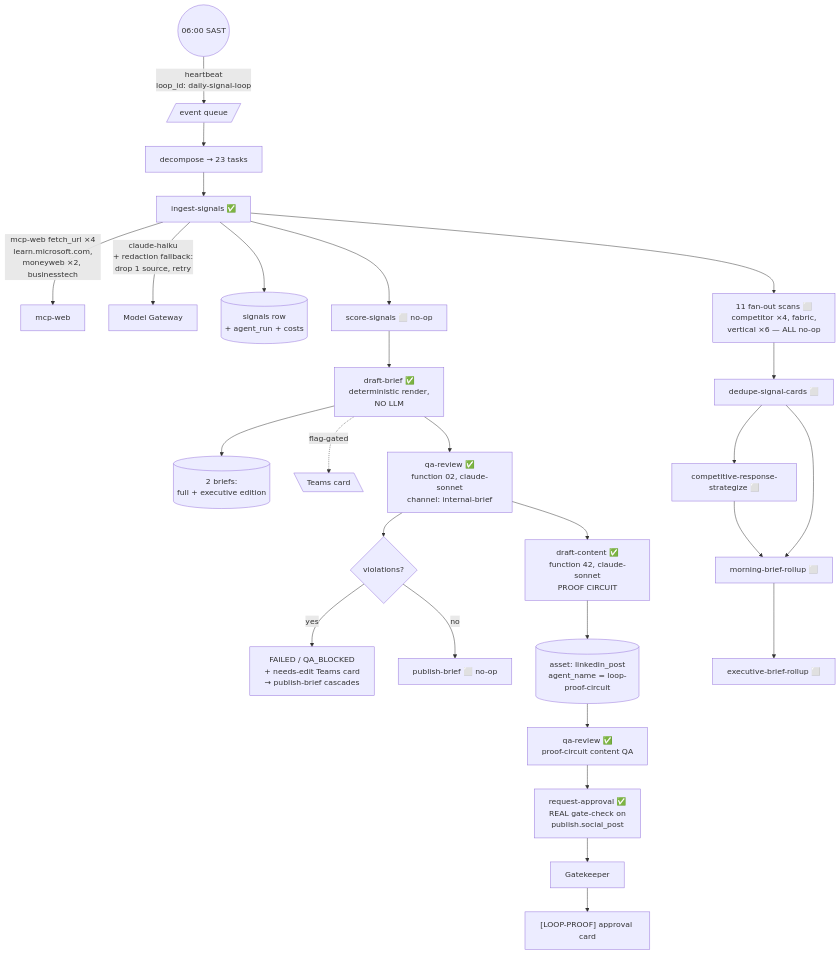
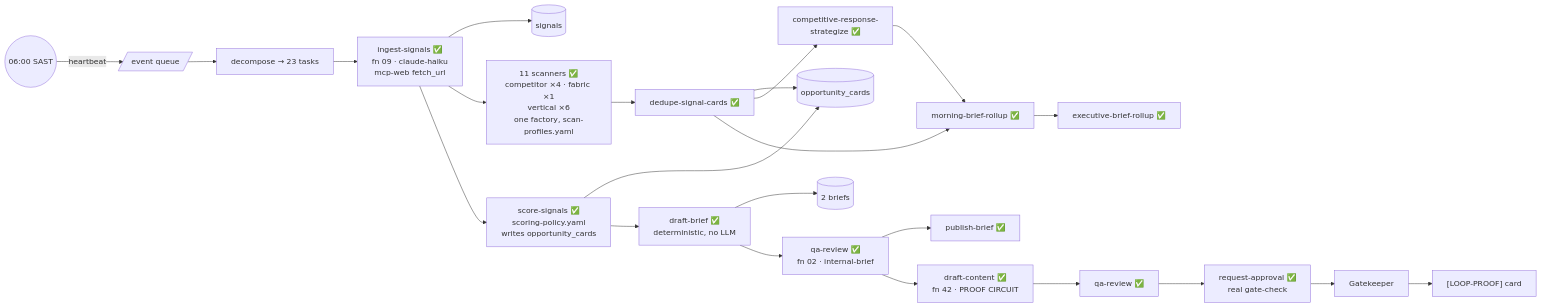
Before and after one commit to rooipiet-tech/Canvas-Marketing-OS: diagram 16 of 40 in docs/architecture/Comprehensive-System-Architecture-and-Process-Map.md, drawn with Mermaid. The commit also changed other lines of this file and 1 other file, not shown here.

````diff
--- a/docs/architecture/Comprehensive-System-Architecture-and-Process-Map.md
+++ b/docs/architecture/Comprehensive-System-Architecture-and-Process-Map.md
@@ -810,33 +813,23 @@
 ```mermaid
-flowchart TB
-  T((06:00 SAST)) -->|"heartbeat<br/>loop_id: daily-signal-loop"| EQ[/event queue/]
-  EQ --> DEC[decompose → 23 tasks]
+flowchart LR
+  T((06:00 SAST)) -->|"heartbeat"| EQ[/event queue/] --> DEC[decompose → 23 tasks]
 
-  DEC --> ING[ingest-signals ✅]
-  ING -->|"mcp-web fetch_url ×4<br/>learn.microsoft.com,<br/>moneyweb ×2, businesstech"| MW[mcp-web]
-  ING -->|"claude-haiku<br/>+ redaction fallback:<br/>drop 1 source, retry"| GW1[Model Gateway]
-  ING --> S1[(signals row<br/>+ agent_run + costs)]
+  DEC --> ING["ingest-signals ✅<br/>fn 09 · claude-haiku<br/>mcp-web fetch_url"]
+  ING --> S1[(signals)]
 
-  ING --> SC[score-signals ⬜ no-op]
-  SC --> DB1[draft-brief ✅<br/>deterministic render,<br/>NO LLM]
-  DB1 --> BR[(2 briefs:<br/>full + executive edition)]
-  DB1 -.->|"flag-gated"| TM1[\Teams card\]
+  ING --> FAN["11 scanners ✅<br/>competitor ×4 · fabric ×1<br/>vertical ×6<br/>one factory, scan-profiles.yaml"]
+  FAN --> DDP["dedupe-signal-cards ✅"] --> OC[(opportunity_cards)]
+  DDP --> RSP["competitive-response-<br/>strategize ✅"]
 
-  DB1 --> QA1[qa-review ✅<br/>function 02, claude-sonnet<br/>channel: internal-brief]
-  QA1 --> Q1{violations?}
-  Q1 -->|yes| BLK[FAILED / QA_BLOCKED<br/>+ needs-edit Teams card<br/>→ publish-brief cascades]
-  Q1 -->|no| PBR[publish-brief ⬜ no-op]
+  ING --> SC["score-signals ✅<br/>scoring-policy.yaml<br/>writes opportunity_cards"]
+  SC --> OC
 
-  ING --> FAN["11 fan-out scans ⬜<br/>competitor ×4, fabric,<br/>vertical ×6 — ALL no-op"]
-  FAN --> DDP[dedupe-signal-cards ⬜]
-  DDP --> RSP[competitive-response-strategize ⬜]
-  DDP & RSP --> MBR[morning-brief-rollup ⬜]
-  MBR --> EBR[executive-brief-rollup ⬜]
+  SC --> DB["draft-brief ✅<br/>deterministic, no LLM"] --> BR[(2 briefs)]
+  DDP & RSP --> MBR["morning-brief-rollup ✅"] --> EBR["executive-brief-rollup ✅"]
 
-  QA1 --> PC1[draft-content ✅<br/>function 42, claude-sonnet<br/>PROOF CIRCUIT]
-  PC1 --> AS1[(asset: linkedin_post<br/>agent_name = loop-proof-circuit)]
-  AS1 --> PC2[qa-review ✅<br/>proof-circuit content QA]
-  PC2 --> PC3[request-approval ✅<br/>REAL gate-check on<br/>publish.social_post]
-  PC3 --> GK[Gatekeeper]
-  GK --> CARD["[LOOP-PROOF] approval card"]
+  DB --> QA1["qa-review ✅<br/>fn 02 · internal-brief"]
+  QA1 --> PBR["publish-brief ✅"]
+
+  QA1 --> PC1["draft-content ✅<br/>fn 42 · PROOF CIRCUIT"] --> PC2["qa-review ✅"] --> PC3["request-approval ✅<br/>real gate-check"]
+  PC3 --> GK[Gatekeeper] --> CARD["[LOOP-PROOF] card"]
 ```
````
